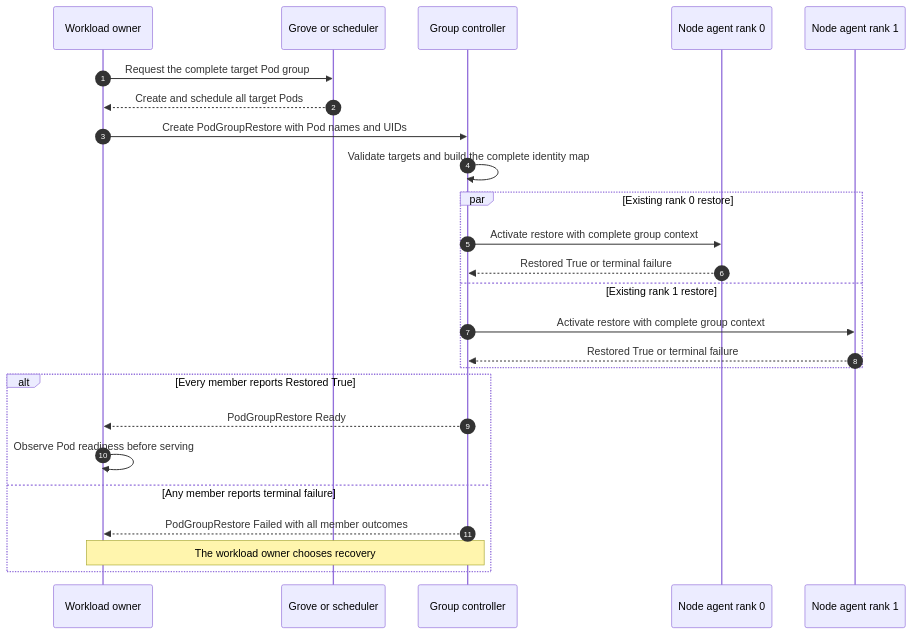
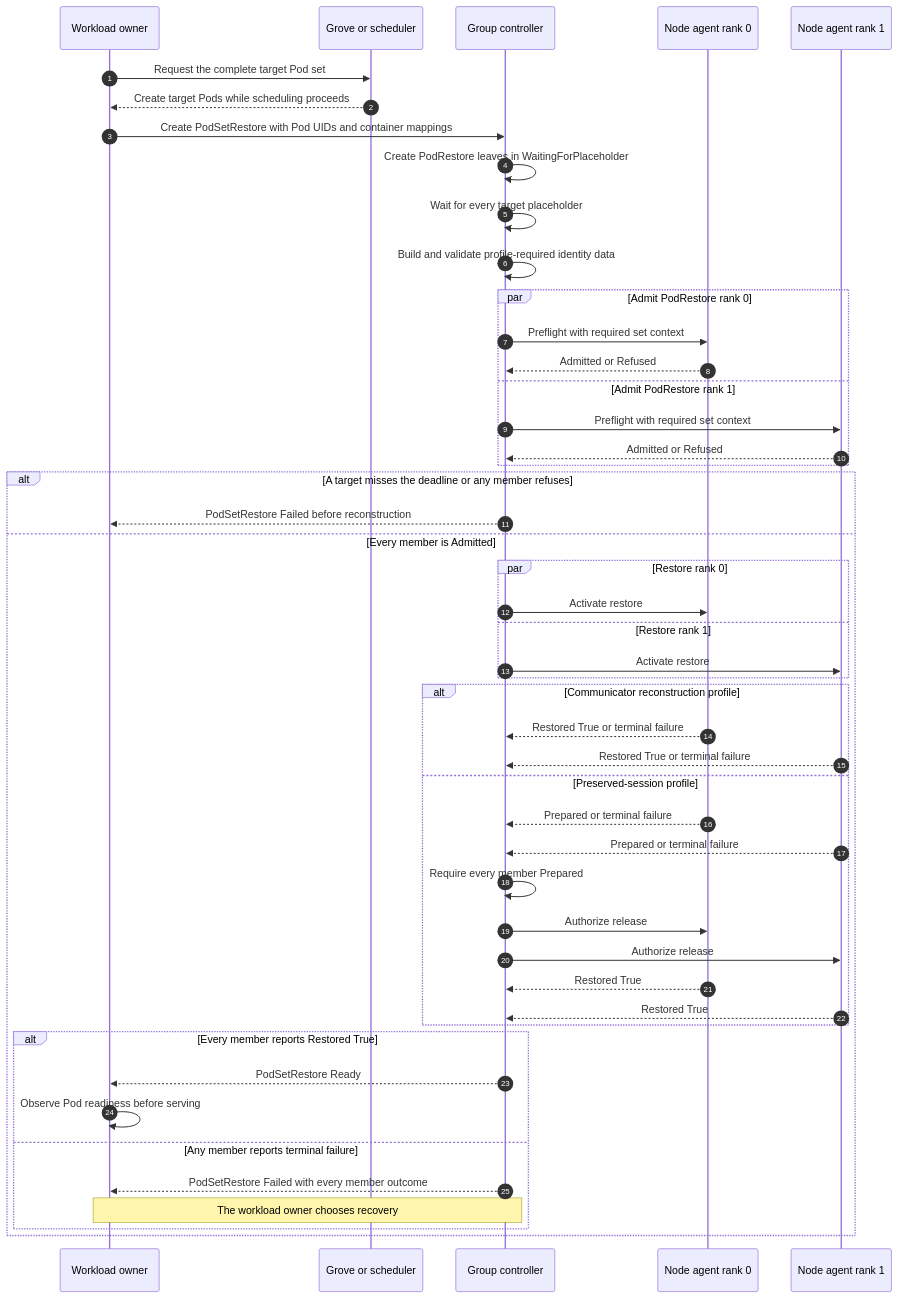
Before and after one commit to ai-dynamo/snapshot: the diagram in docs/proposals/324-multi-pod-snapshot-restore/diagrams/restore-sequence.mmd, drawn with Mermaid. The commit also changed 10 other files, not shown here.

```diff
--- a/docs/proposals/324-multi-pod-snapshot-restore/diagrams/restore-sequence.mmd
+++ b/docs/proposals/324-multi-pod-snapshot-restore/diagrams/restore-sequence.mmd
@@ -1,29 +1,52 @@
 %% SPDX-FileCopyrightText: Copyright (c) 2026 NVIDIA CORPORATION & AFFILIATES. All rights reserved.
 %% SPDX-License-Identifier: Apache-2.0
 
 sequenceDiagram
     autonumber
     participant O as Workload owner
     participant W as Grove or scheduler
     participant G as Group controller
     participant A0 as Node agent rank 0
     participant A1 as Node agent rank 1
 
-    O->>W: Request the complete target Pod group
-    W-->>O: Create and schedule all target Pods
-    O->>G: Create PodGroupRestore with Pod names and UIDs
-    G->>G: Validate targets and build the complete identity map
-    par Existing rank 0 restore
-        G->>A0: Activate restore with complete group context
-        A0-->>G: Restored True or terminal failure
-    and Existing rank 1 restore
-        G->>A1: Activate restore with complete group context
-        A1-->>G: Restored True or terminal failure
+    O->>W: Request the complete target Pod set
+    W-->>O: Create target Pods while scheduling proceeds
+    O->>G: Create PodSetRestore with Pod UIDs and container mappings
+    G->>G: Create PodRestore leaves in WaitingForPlaceholder
+    G->>G: Wait for every target placeholder
+    G->>G: Build and validate profile-required identity data
+    par Admit PodRestore rank 0
+        G->>A0: Preflight with required set context
+        A0-->>G: Admitted or Refused
+    and Admit PodRestore rank 1
+        G->>A1: Preflight with required set context
+        A1-->>G: Admitted or Refused
     end
-    alt Every member reports Restored True
-        G-->>O: PodGroupRestore Ready
-        O->>O: Observe Pod readiness before serving
-    else Any member reports terminal failure
-        G-->>O: PodGroupRestore Failed with all member outcomes
-        Note over O,G: The workload owner chooses recovery
+    alt A target misses the deadline or any member refuses
+        G-->>O: PodSetRestore Failed before reconstruction
+    else Every member is Admitted
+        par Restore rank 0
+            G->>A0: Activate restore
+        and Restore rank 1
+            G->>A1: Activate restore
+        end
+        alt Communicator reconstruction profile
+            A0-->>G: Restored True or terminal failure
+            A1-->>G: Restored True or terminal failure
+        else Preserved-session profile
+            A0-->>G: Prepared or terminal failure
+            A1-->>G: Prepared or terminal failure
+            G->>G: Require every member Prepared
+            G->>A0: Authorize release
+            G->>A1: Authorize release
+            A0-->>G: Restored True
+            A1-->>G: Restored True
+        end
+        alt Every member reports Restored True
+            G-->>O: PodSetRestore Ready
+            O->>O: Observe Pod readiness before serving
+        else Any member reports terminal failure
+            G-->>O: PodSetRestore Failed with every member outcome
+            Note over O,G: The workload owner chooses recovery
+        end
     end
```
